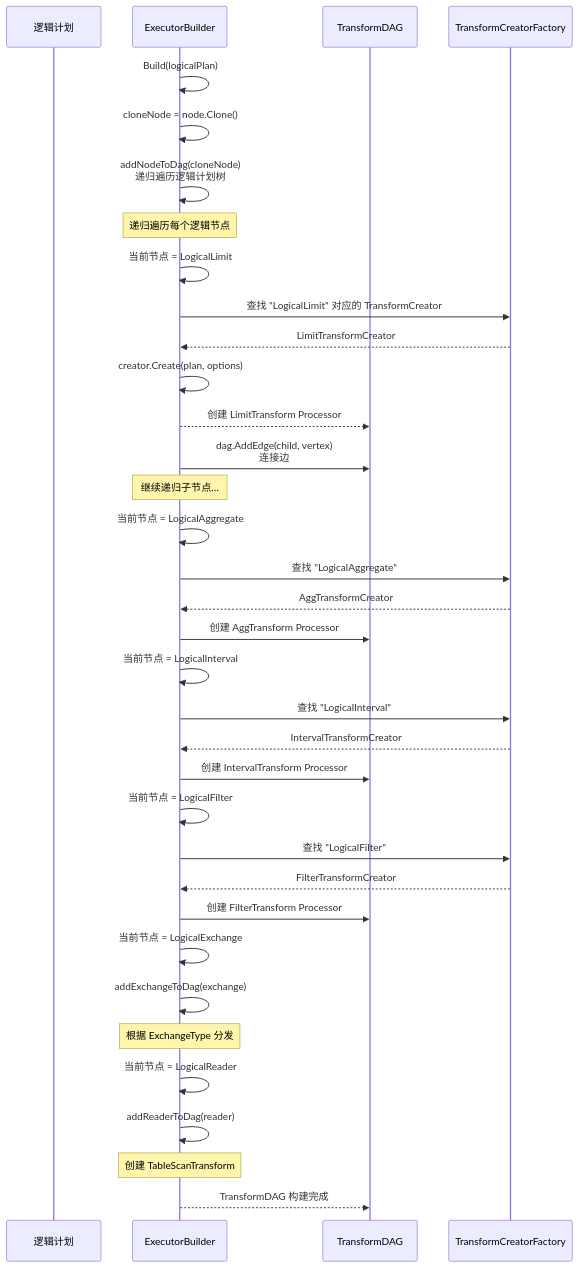
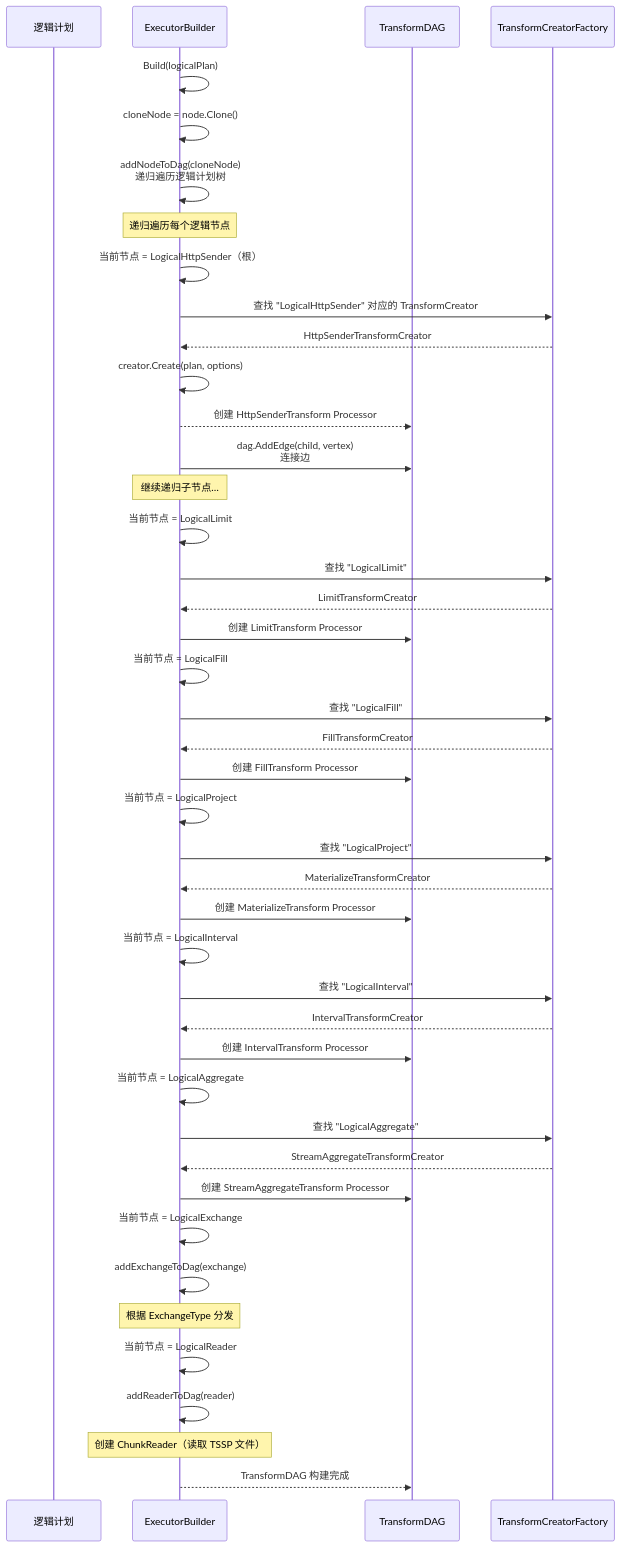
The tenth of 33 diagrams in docs/specs/03_query_engine_spec.md (stefanv5/openGemini), drawn with Mermaid before and after one commit. The commit also changed other lines of this file and 37 other files, not shown here.

````diff
--- a/docs/specs/03_query_engine_spec.md
+++ b/docs/specs/03_query_engine_spec.md
@@ -782,48 +831,58 @@
 ```mermaid
 sequenceDiagram
     participant Input as 逻辑计划
     participant Builder as ExecutorBuilder
     participant DAG as TransformDAG
     participant Factory as TransformCreatorFactory
 
     Builder->>Builder: Build(logicalPlan)
     Builder->>Builder: cloneNode = node.Clone()
     Builder->>Builder: addNodeToDag(cloneNode)<br/>递归遍历逻辑计划树
 
     Note over Builder: 递归遍历每个逻辑节点
-    Builder->>Builder: 当前节点 = LogicalLimit
+    Builder->>Builder: 当前节点 = LogicalHttpSender（根）
 
-    Builder->>Factory: 查找 "LogicalLimit" 对应的 TransformCreator
-    Factory-->>Builder: LimitTransformCreator
+    Builder->>Factory: 查找 "LogicalHttpSender" 对应的 TransformCreator
+    Factory-->>Builder: HttpSenderTransformCreator
 
     Builder->>Builder: creator.Create(plan, options)
-    Builder-->>DAG: 创建 LimitTransform Processor
+    Builder-->>DAG: 创建 HttpSenderTransform Processor
 
     Builder->>DAG: dag.AddEdge(child, vertex)<br/>连接边
 
     Note over Builder: 继续递归子节点…
-    Builder->>Builder: 当前节点 = LogicalAggregate
-    Builder->>Factory: 查找 "LogicalAggregate"
-    Factory-->>Builder: AggTransformCreator
-    Builder->>DAG: 创建 AggTransform Processor
+    Builder->>Builder: 当前节点 = LogicalLimit
+    Builder->>Factory: 查找 "LogicalLimit"
+    Factory-->>Builder: LimitTransformCreator
+    Builder->>DAG: 创建 LimitTransform Processor
+
+    Builder->>Builder: 当前节点 = LogicalFill
+    Builder->>Factory: 查找 "LogicalFill"
+    Factory-->>Builder: FillTransformCreator
+    Builder->>DAG: 创建 FillTransform Processor
+
+    Builder->>Builder: 当前节点 = LogicalProject
+    Builder->>Factory: 查找 "LogicalProject"
+    Factory-->>Builder: MaterializeTransformCreator
+    Builder->>DAG: 创建 MaterializeTransform Processor
 
     Builder->>Builder: 当前节点 = LogicalInterval
     Builder->>Factory: 查找 "LogicalInterval"
     Factory-->>Builder: IntervalTransformCreator
     Builder->>DAG: 创建 IntervalTransform Processor
 
-    Builder->>Builder: 当前节点 = LogicalFilter
-    Builder->>Factory: 查找 "LogicalFilter"
-    Factory-->>Builder: FilterTransformCreator
-    Builder->>DAG: 创建 FilterTransform Processor
+    Builder->>Builder: 当前节点 = LogicalAggregate
+    Builder->>Factory: 查找 "LogicalAggregate"
+    Factory-->>Builder: StreamAggregateTransformCreator
+    Builder->>DAG: 创建 StreamAggregateTransform Processor
 
     Builder->>Builder: 当前节点 = LogicalExchange
     Builder->>Builder: addExchangeToDag(exchange)
     Note over Builder: 根据 ExchangeType 分发
 
     Builder->>Builder: 当前节点 = LogicalReader
     Builder->>Builder: addReaderToDag(reader)
-    Note over Builder: 创建 TableScanTransform
+    Note over Builder: 创建 ChunkReader（读取 TSSP 文件）
 
     Builder-->>DAG: TransformDAG 构建完成
 ```
````
